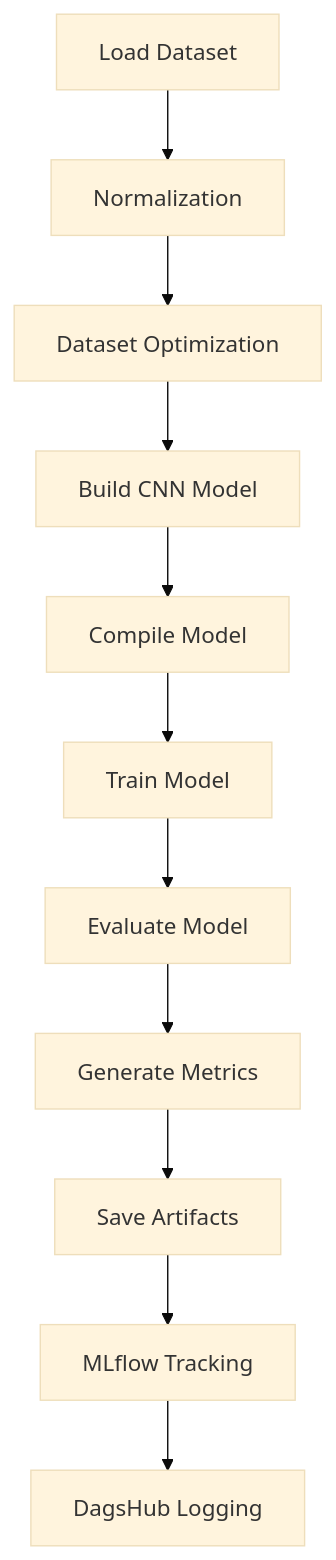
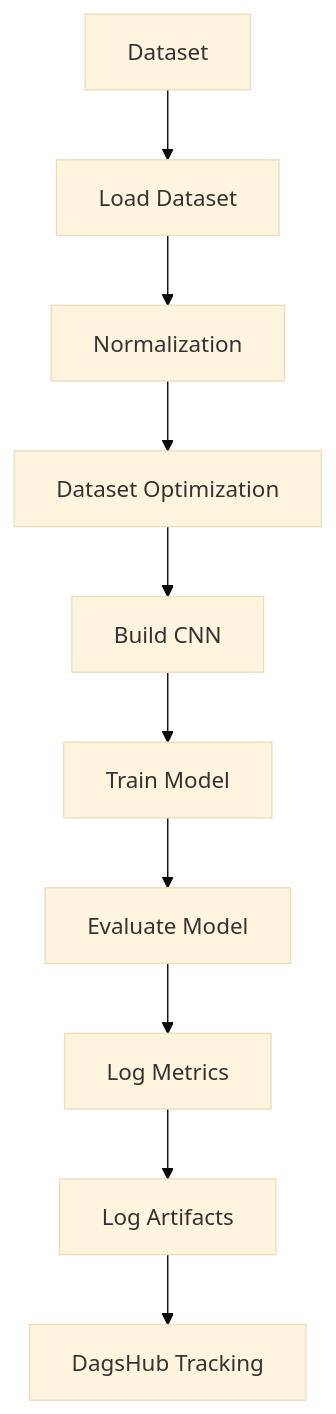
One commit to muharifandi/Workflow-CI changed the second of 4 diagrams in README.md. Above: the diagram before and after it, drawn with Mermaid (base theme). The commit also changed other lines of this file and 1 other file, not shown here.

````diff
--- a/README.md
+++ b/README.md
@@ -155,25 +122,23 @@
 ```mermaid
 graph TD
 
-A[Load Dataset]
+A[Dataset]
 
-A --> B[Normalization]
+A --> B[Load Dataset]
 
-B --> C[Dataset Optimization]
+B --> C[Normalization]
 
-C --> D[Build CNN Model]
+C --> D[Dataset Optimization]
 
-D --> E[Compile Model]
+D --> E[Build CNN]
 
 E --> F[Train Model]
 
 F --> G[Evaluate Model]
 
-G --> H[Generate Metrics]
+G --> H[Log Metrics]
 
-H --> I[Save Artifacts]
+H --> I[Log Artifacts]
 
-I --> J[MLflow Tracking]
-
-J --> K[DagsHub Logging]
+I --> J[DagsHub Tracking]
 ```
````
